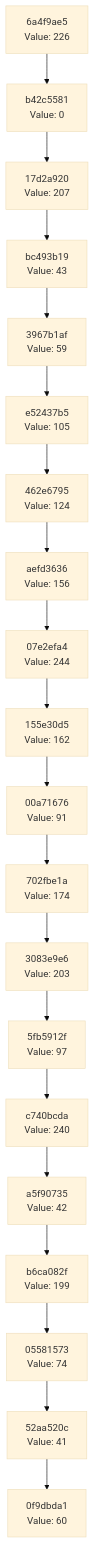
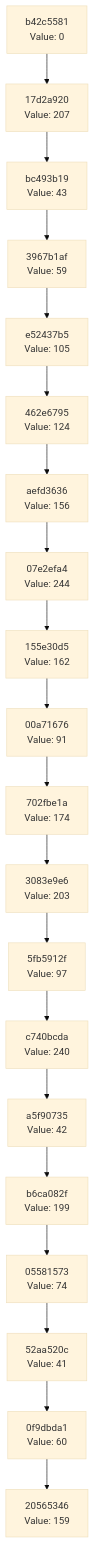
One commit to Abhisheksinha1506/hash-chain-evolver changed the diagram in docs/CHAIN_VISUALIZATION.md. Above: the diagram before and after it, drawn with Mermaid (base theme). The commit also changed 2 other files, not shown here.

Commit message:
Evolution step: hash 0x9F → action executed

````diff
--- a/docs/CHAIN_VISUALIZATION.md
+++ b/docs/CHAIN_VISUALIZATION.md
@@ -3,42 +3,42 @@
 ```mermaid
 graph TD
-    C0["0f9dbda1<br/>Value: 60"]
-    C1["52aa520c<br/>Value: 41"]
+    C0["20565346<br/>Value: 159"]
+    C1["0f9dbda1<br/>Value: 60"]
     C1 --> C0
-    C2["05581573<br/>Value: 74"]
+    C2["52aa520c<br/>Value: 41"]
     C2 --> C1
-    C3["b6ca082f<br/>Value: 199"]
+    C3["05581573<br/>Value: 74"]
     C3 --> C2
-    C4["a5f90735<br/>Value: 42"]
+    C4["b6ca082f<br/>Value: 199"]
     C4 --> C3
-    C5["c740bcda<br/>Value: 240"]
+    C5["a5f90735<br/>Value: 42"]
     C5 --> C4
-    C6["5fb5912f<br/>Value: 97"]
+    C6["c740bcda<br/>Value: 240"]
     C6 --> C5
-    C7["3083e9e6<br/>Value: 203"]
+    C7["5fb5912f<br/>Value: 97"]
     C7 --> C6
-    C8["702fbe1a<br/>Value: 174"]
+    C8["3083e9e6<br/>Value: 203"]
     C8 --> C7
-    C9["00a71676<br/>Value: 91"]
+    C9["702fbe1a<br/>Value: 174"]
     C9 --> C8
-    C10["155e30d5<br/>Value: 162"]
+    C10["00a71676<br/>Value: 91"]
     C10 --> C9
-    C11["07e2efa4<br/>Value: 244"]
+    C11["155e30d5<br/>Value: 162"]
     C11 --> C10
-    C12["aefd3636<br/>Value: 156"]
+    C12["07e2efa4<br/>Value: 244"]
     C12 --> C11
-    C13["462e6795<br/>Value: 124"]
+    C13["aefd3636<br/>Value: 156"]
     C13 --> C12
-    C14["e52437b5<br/>Value: 105"]
+    C14["462e6795<br/>Value: 124"]
     C14 --> C13
-    C15["3967b1af<br/>Value: 59"]
+    C15["e52437b5<br/>Value: 105"]
     C15 --> C14
-    C16["bc493b19<br/>Value: 43"]
+    C16["3967b1af<br/>Value: 59"]
     C16 --> C15
-    C17["17d2a920<br/>Value: 207"]
+    C17["bc493b19<br/>Value: 43"]
     C17 --> C16
-    C18["b42c5581<br/>Value: 0"]
+    C18["17d2a920<br/>Value: 207"]
     C18 --> C17
-    C19["6a4f9ae5<br/>Value: 226"]
+    C19["b42c5581<br/>Value: 0"]
     C19 --> C18
 ```
````
